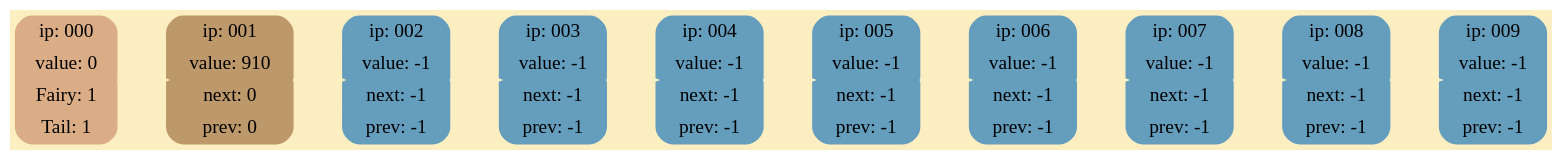
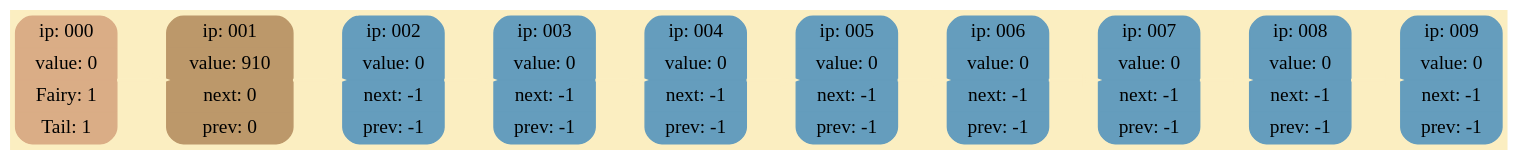
One commit to RTCupid/List changed the diagram in DumpGraph.dot. Above: the diagram before and after it, drawn with Graphviz. The commit also changed 5 other files, not shown here.

```diff
--- a/DumpGraph.dot
+++ b/DumpGraph.dot
@@ -1,26 +1,26 @@
 digraph G {
 	rankdir = LR;
 	bgcolor="#FBEEC1"
 	node000 [shape=Mrecord; style=filled; color="#DAAD86"; label = "{ ip: 000}  | {value:   0} |{Fairy:   1} | {Tail:   1} " ];
 	node001 [shape=Mrecord; style=filled; color="#BC986A"; label = "{ ip: 001}  |{value: 910} |{next:   0} |{prev:   0} " ];
-	node002 [shape=Mrecord; style=filled; color="#659DBD"; label = "{ ip: 002}  |{value:  -1} |{next:  -1} |{prev:  -1} " ];
-	node003 [shape=Mrecord; style=filled; color="#659DBD"; label = "{ ip: 003}  |{value:  -1} |{next:  -1} |{prev:  -1} " ];
-	node004 [shape=Mrecord; style=filled; color="#659DBD"; label = "{ ip: 004}  |{value:  -1} |{next:  -1} |{prev:  -1} " ];
-	node005 [shape=Mrecord; style=filled; color="#659DBD"; label = "{ ip: 005}  |{value:  -1} |{next:  -1} |{prev:  -1} " ];
-	node006 [shape=Mrecord; style=filled; color="#659DBD"; label = "{ ip: 006}  |{value:  -1} |{next:  -1} |{prev:  -1} " ];
-	node007 [shape=Mrecord; style=filled; color="#659DBD"; label = "{ ip: 007}  |{value:  -1} |{next:  -1} |{prev:  -1} " ];
-	node008 [shape=Mrecord; style=filled; color="#659DBD"; label = "{ ip: 008}  |{value:  -1} |{next:  -1} |{prev:  -1} " ];
-	node009 [shape=Mrecord; style=filled; color="#659DBD"; label = "{ ip: 009}  |{value:  -1} |{next:  -1} |{prev:  -1} " ];
+	node002 [shape=Mrecord; style=filled; color="#659DBD"; label = "{ ip: 002}  |{value:   0} |{next:  -1} |{prev:  -1} " ];
+	node003 [shape=Mrecord; style=filled; color="#659DBD"; label = "{ ip: 003}  |{value:   0} |{next:  -1} |{prev:  -1} " ];
+	node004 [shape=Mrecord; style=filled; color="#659DBD"; label = "{ ip: 004}  |{value:   0} |{next:  -1} |{prev:  -1} " ];
+	node005 [shape=Mrecord; style=filled; color="#659DBD"; label = "{ ip: 005}  |{value:   0} |{next:  -1} |{prev:  -1} " ];
+	node006 [shape=Mrecord; style=filled; color="#659DBD"; label = "{ ip: 006}  |{value:   0} |{next:  -1} |{prev:  -1} " ];
+	node007 [shape=Mrecord; style=filled; color="#659DBD"; label = "{ ip: 007}  |{value:   0} |{next:  -1} |{prev:  -1} " ];
+	node008 [shape=Mrecord; style=filled; color="#659DBD"; label = "{ ip: 008}  |{value:   0} |{next:  -1} |{prev:  -1} " ];
+	node009 [shape=Mrecord; style=filled; color="#659DBD"; label = "{ ip: 009}  |{value:   0} |{next:  -1} |{prev:  -1} " ];
 
 	node000 -> node001 [style=bold; weight=1000; color="#FBEEC1"; ];
 	node001 -> node002 [style=bold; weight=1000; color="#FBEEC1"; ];
 	node002 -> node003 [style=bold; weight=1000; color="#FBEEC1"; ];
 	node003 -> node004 [style=bold; weight=1000; color="#FBEEC1"; ];
 	node004 -> node005 [style=bold; weight=1000; color="#FBEEC1"; ];
 	node005 -> node006 [style=bold; weight=1000; color="#FBEEC1"; ];
 	node006 -> node007 [style=bold; weight=1000; color="#FBEEC1"; ];
 	node007 -> node008 [style=bold; weight=1000; color="#FBEEC1"; ];
 	node008 -> node009 [style=bold; weight=1000; color="#FBEEC1"; ];
 
 
 }
```
